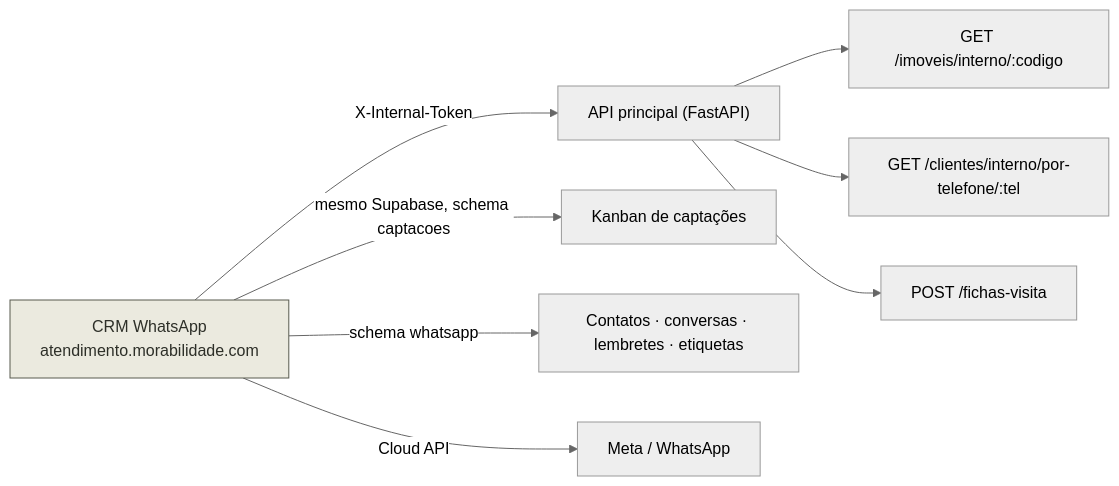
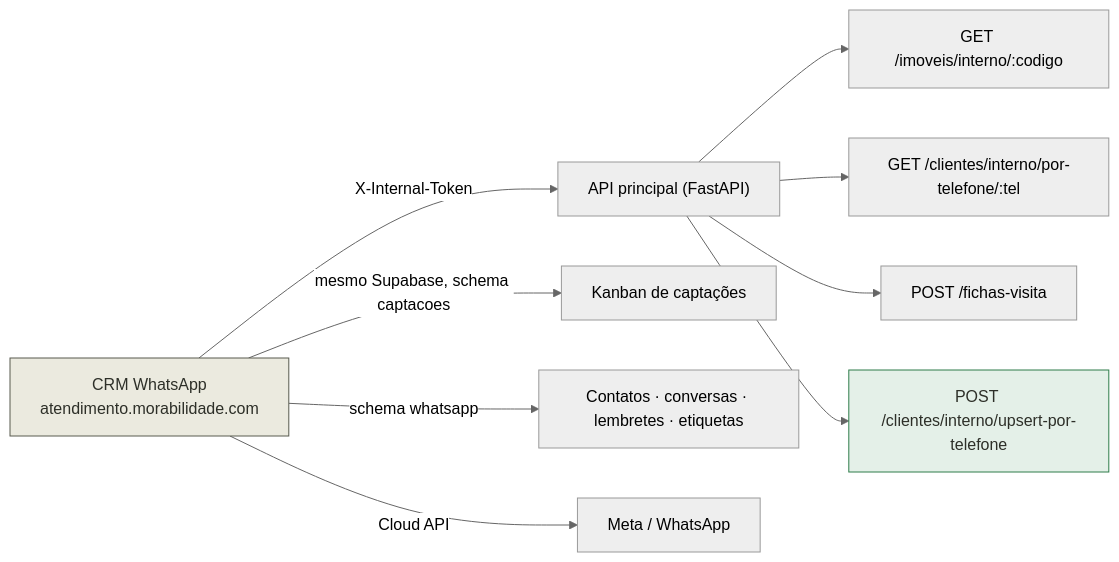
One commit to IvoDMello/Morabilidade-System-Back-Office changed the fourth of 4 diagrams in whatsapp/FLUXO.md. Above: the diagram before and after it, drawn with Mermaid (neutral theme). The commit also changed other lines of this file and 25 other files, not shown here.

````diff
--- a/whatsapp/FLUXO.md
+++ b/whatsapp/FLUXO.md
@@ -166,15 +166,17 @@
 ```mermaid
 flowchart LR
     W["CRM WhatsApp<br/>atendimento.morabilidade.com"]
 
     W -->|"X-Internal-Token"| API["API principal (FastAPI)"]
     API --> I1["GET /imoveis/interno/:codigo"]
     API --> I2["GET /clientes/interno/por-telefone/:tel"]
     API --> I3["POST /fichas-visita"]
+    API --> I4["POST /clientes/interno/upsert-por-telefone"]
 
     W -->|"mesmo Supabase, schema captacoes"| K["Kanban de captações"]
     W -->|"schema whatsapp"| DB["Contatos · conversas · lembretes · etiquetas"]
     W -->|"Cloud API"| META["Meta / WhatsApp"]
 
     style W fill:#ebeadf,stroke:#585a4f,color:#2d2f28
+    style I4 fill:#e4f0e8,stroke:#2e7d4a,color:#2d2f28
 ```
````
